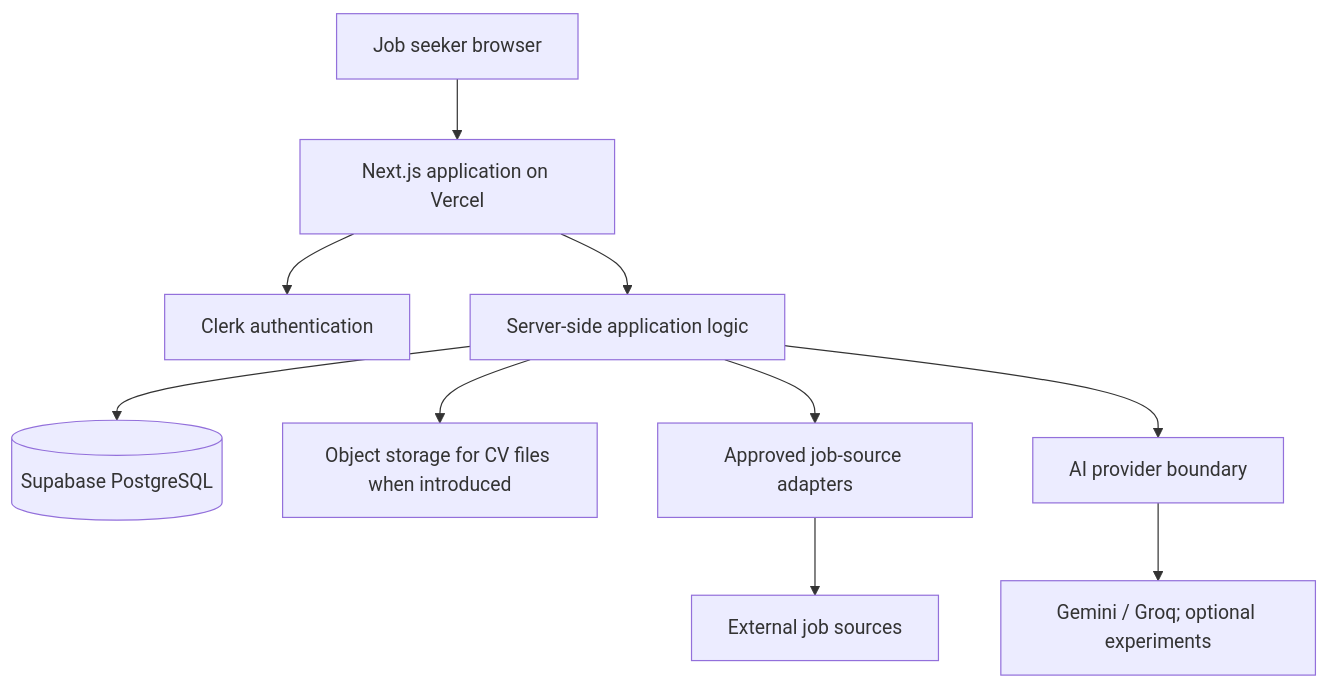
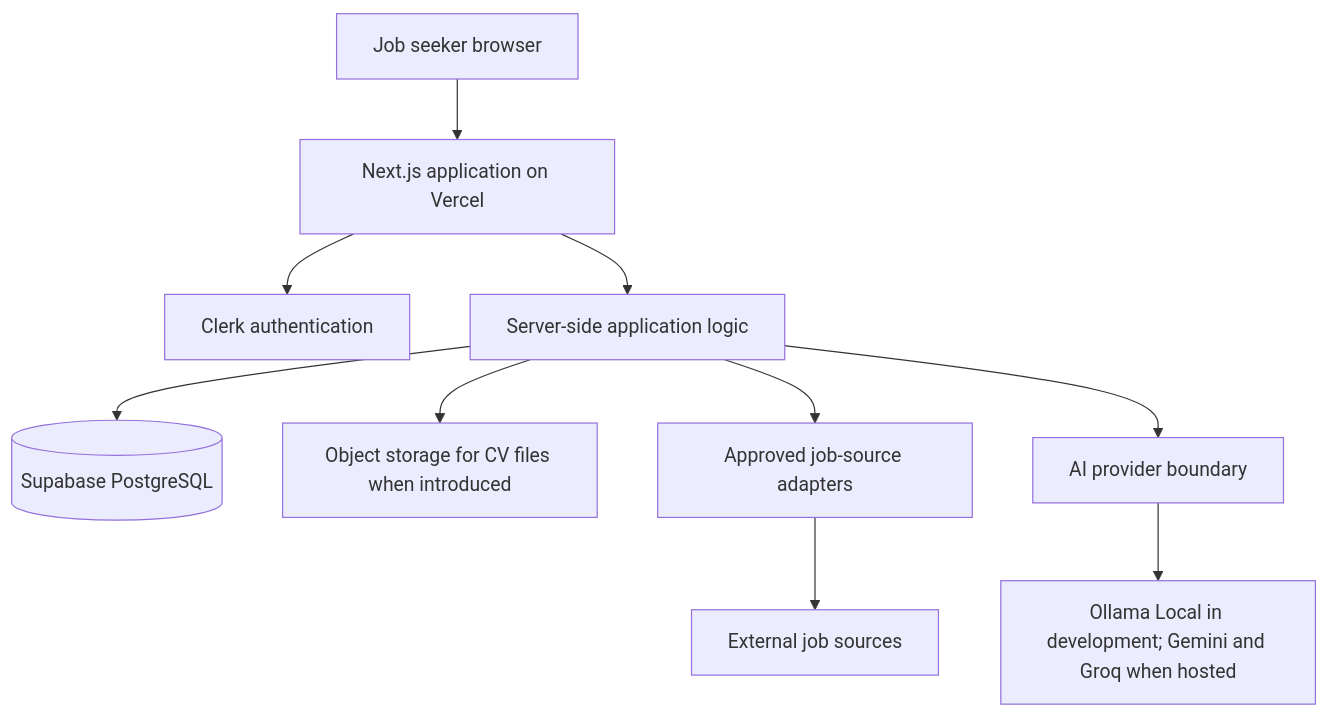
One commit to Msekeli/thungatha changed the diagram in Project Documentation/ARCHITECTURE.md. Above: the diagram before and after it, drawn with Mermaid.

Commit message:
docs: clarify AI provider environments in architecture diagram

````diff
--- a/Project Documentation/ARCHITECTURE.md
+++ b/Project Documentation/ARCHITECTURE.md
@@ -56,12 +56,12 @@
 ```mermaid
 flowchart TD
     User[Job seeker browser] --> Web[Next.js application on Vercel]
     Web --> Clerk[Clerk authentication]
     Web --> UseCases[Server-side application logic]
     UseCases --> DB[(Supabase PostgreSQL)]
     UseCases --> Storage[Object storage for CV files when introduced]
     UseCases --> Sources[Approved job-source adapters]
     Sources --> Providers[External job sources]
     UseCases --> AIAdapter[AI provider boundary]
-    AIAdapter --> AIProviders[Gemini / Groq; optional experiments]
+    AIAdapter --> AIProviders[Ollama Local in development; Gemini and Groq when hosted]
 ```
````
